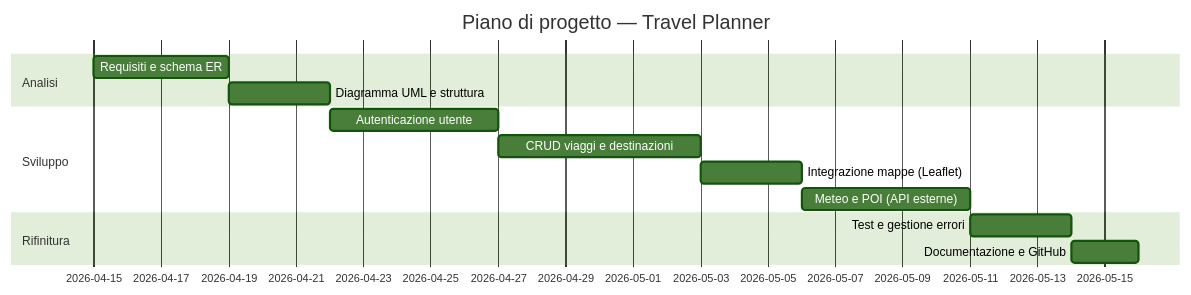
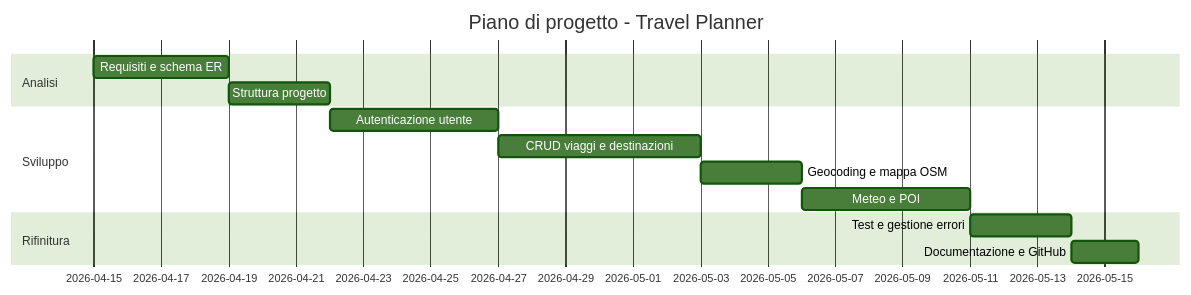
Before and after one commit to LucaBernardinii/TravelPlanner-Progetto-Finale: the diagram in doc_requisiti.md, drawn with Mermaid (forest theme). The commit also changed other lines of this file, not shown here.

Commit message:
aggiornamento documento requisiti

````diff
--- a/doc_requisiti.md
+++ b/doc_requisiti.md
@@ -249,16 +209,16 @@
 ```mermaid
 gantt
-    dateFormat YYYY-MM-DD
-    title Piano di progetto — Travel Planner
+    dateFormat  YYYY-MM-DD
+    title Piano di progetto - Travel Planner
     section Analisi
-    Requisiti e schema ER :a1, 2026-04-15, 4d
-    Diagramma UML e struttura :a2, after a1, 3d
+    Requisiti e schema ER          :a1, 2026-04-15, 4d
+    Struttura progetto             :a2, after a1, 3d
     section Sviluppo
-    Autenticazione utente :b1, after a2, 5d
-    CRUD viaggi e destinazioni :b2, after b1, 6d
-    Integrazione mappe (Leaflet) :b3, after b2, 3d
-    Meteo e POI (API esterne) :b4, after b3, 5d
+    Autenticazione utente          :b1, after a2, 5d
+    CRUD viaggi e destinazioni     :b2, after b1, 6d
+    Geocoding e mappa OSM          :b3, after b2, 3d
+    Meteo e POI                    :b4, after b3, 5d
     section Rifinitura
-    Test e gestione errori :c1, after b4, 3d
-    Documentazione e GitHub :c2, after c1, 2d
+    Test e gestione errori         :c1, after b4, 3d
+    Documentazione e GitHub        :c2, after c1, 2d
 ```
````
